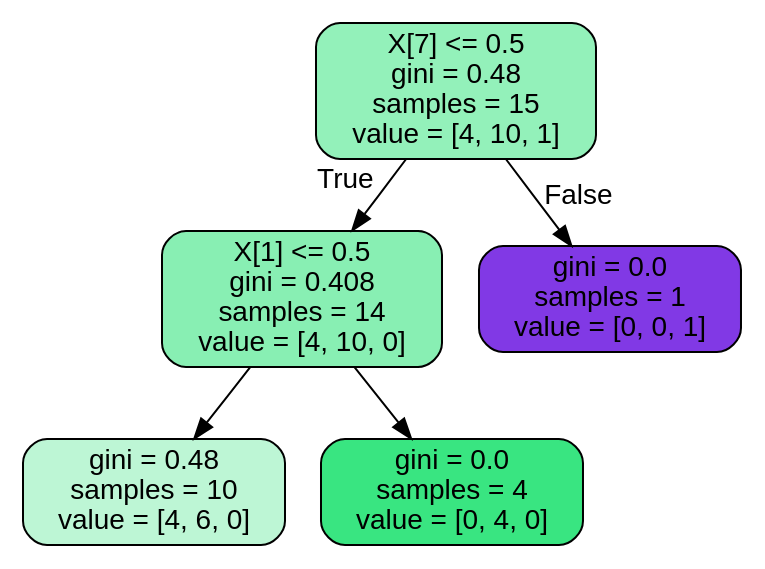
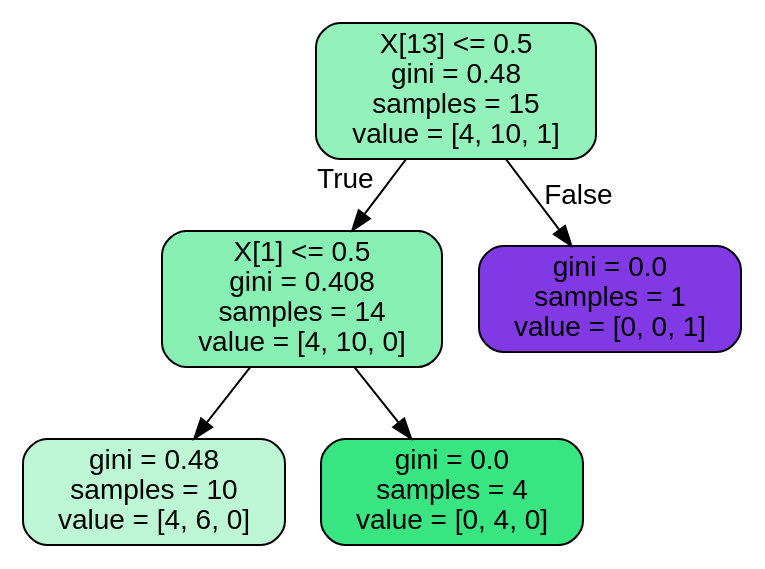
Before and after one commit to mhjensen/MachineLearningMSU-FRIB2020: the diagram in doc/pub/DecisionTrees/ipynb/DataFiles/ride.dot, drawn with Graphviz. The commit also changed 7 other files, not shown here.

```diff
--- a/doc/pub/DecisionTrees/ipynb/DataFiles/ride.dot
+++ b/doc/pub/DecisionTrees/ipynb/DataFiles/ride.dot
@@ -1,13 +1,13 @@
 digraph Tree {
 node [shape=box, style="filled, rounded", color="black", fontname=helvetica] ;
 edge [fontname=helvetica] ;
-0 [label="X[7] <= 0.5\ngini = 0.48\nsamples = 15\nvalue = [4, 10, 1]", fillcolor="#39e5818b"] ;
-1 [label="X[1] <= 0.5\ngini = 0.408\nsamples = 14\nvalue = [4, 10, 0]", fillcolor="#39e58199"] ;
+0 [label="X[13] <= 0.5\ngini = 0.48\nsamples = 15\nvalue = [4, 10, 1]", fillcolor="#93f1ba"] ;
+1 [label="X[1] <= 0.5\ngini = 0.408\nsamples = 14\nvalue = [4, 10, 0]", fillcolor="#88efb3"] ;
 0 -> 1 [labeldistance=2.5, labelangle=45, headlabel="True"] ;
-2 [label="gini = 0.48\nsamples = 10\nvalue = [4, 6, 0]", fillcolor="#39e58155"] ;
+2 [label="gini = 0.48\nsamples = 10\nvalue = [4, 6, 0]", fillcolor="#bdf6d5"] ;
 1 -> 2 ;
-3 [label="gini = 0.0\nsamples = 4\nvalue = [0, 4, 0]", fillcolor="#39e581ff"] ;
+3 [label="gini = 0.0\nsamples = 4\nvalue = [0, 4, 0]", fillcolor="#39e581"] ;
 1 -> 3 ;
-4 [label="gini = 0.0\nsamples = 1\nvalue = [0, 0, 1]", fillcolor="#8139e5ff"] ;
+4 [label="gini = 0.0\nsamples = 1\nvalue = [0, 0, 1]", fillcolor="#8139e5"] ;
 0 -> 4 [labeldistance=2.5, labelangle=-45, headlabel="False"] ;
 }
```
